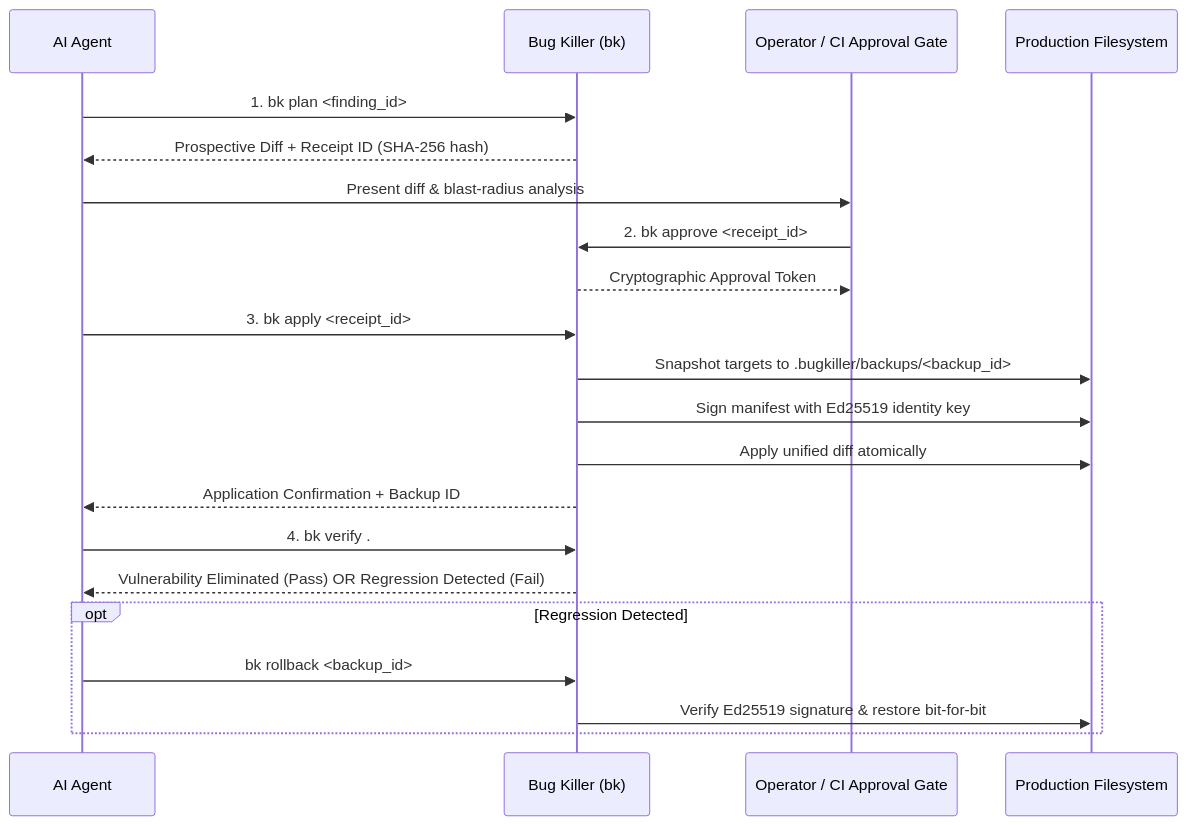
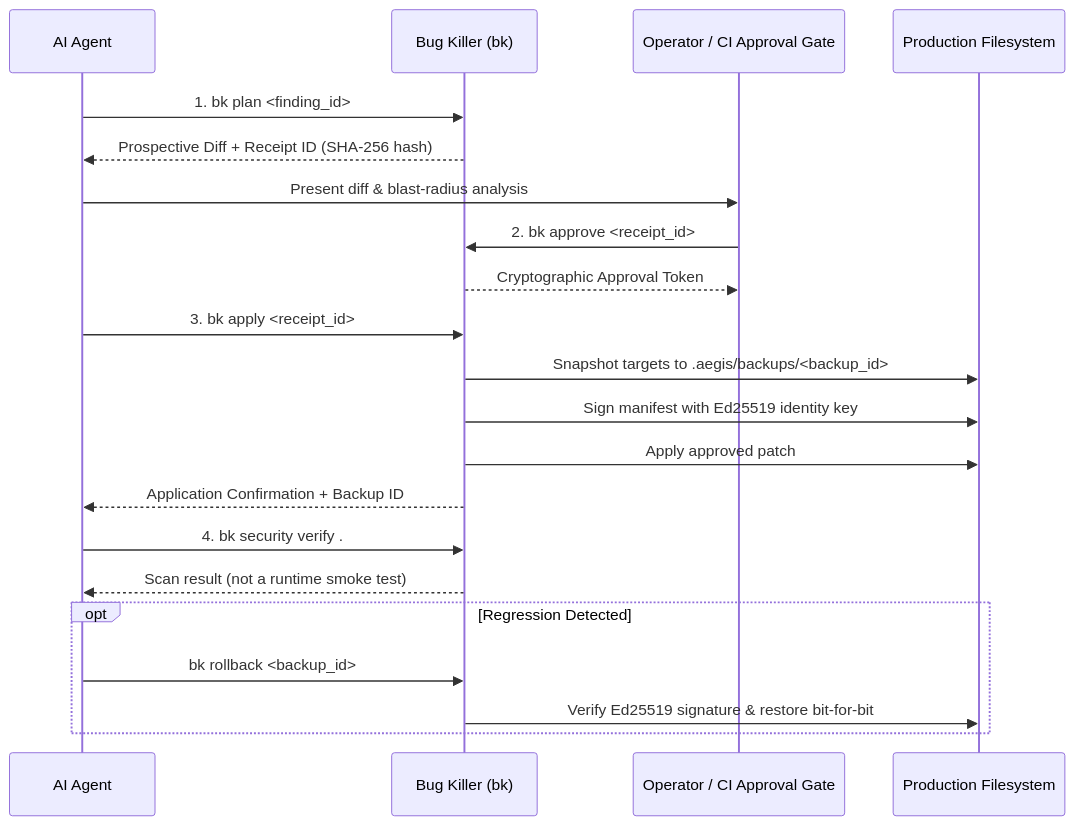
Before and after one commit to imMamdouhaboammar/bug-killer: the diagram in .agents/skills/bk-security/references/remediation-and-rollback.md, drawn with Mermaid. The commit also changed other lines of this file and 31 other files, not shown here.

Commit message:
fix(security-guard): address PR review safety and scan correctness findings

````diff
--- a/.agents/skills/bk-security/references/remediation-and-rollback.md
+++ b/.agents/skills/bk-security/references/remediation-and-rollback.md
@@ -9,28 +9,28 @@
 ```mermaid
 sequenceDiagram
     participant Agent as AI Agent
     participant BK as Bug Killer (bk)
     participant Operator as Operator / CI Approval Gate
     participant FS as Production Filesystem
 
     Agent->>BK: 1. bk plan <finding_id>
     BK-->>Agent: Prospective Diff + Receipt ID (SHA-256 hash)
     
     Agent->>Operator: Present diff & blast-radius analysis
     Operator->>BK: 2. bk approve <receipt_id>
     BK-->>Operator: Cryptographic Approval Token
     
     Agent->>BK: 3. bk apply <receipt_id>
-    BK->>FS: Snapshot targets to .bugkiller/backups/<backup_id>
+    BK->>FS: Snapshot targets to .aegis/backups/<backup_id>
     BK->>FS: Sign manifest with Ed25519 identity key
-    BK->>FS: Apply unified diff atomically
+    BK->>FS: Apply approved patch
     BK-->>Agent: Application Confirmation + Backup ID
     
-    Agent->>BK: 4. bk verify .
-    BK-->>Agent: Vulnerability Eliminated (Pass) OR Regression Detected (Fail)
+    Agent->>BK: 4. bk security verify .
+    BK-->>Agent: Scan result (not a runtime smoke test)
     
     opt Regression Detected
         Agent->>BK: bk rollback <backup_id>
         BK->>FS: Verify Ed25519 signature & restore bit-for-bit
     end
 ```
````
